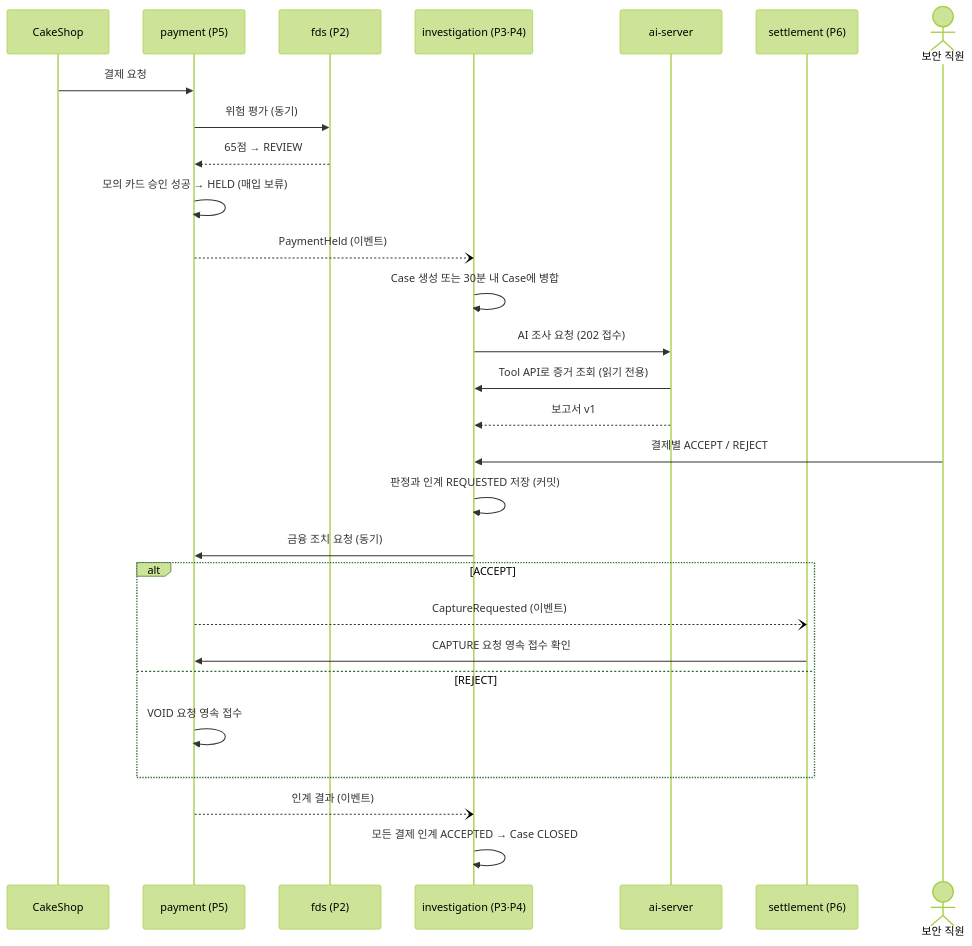
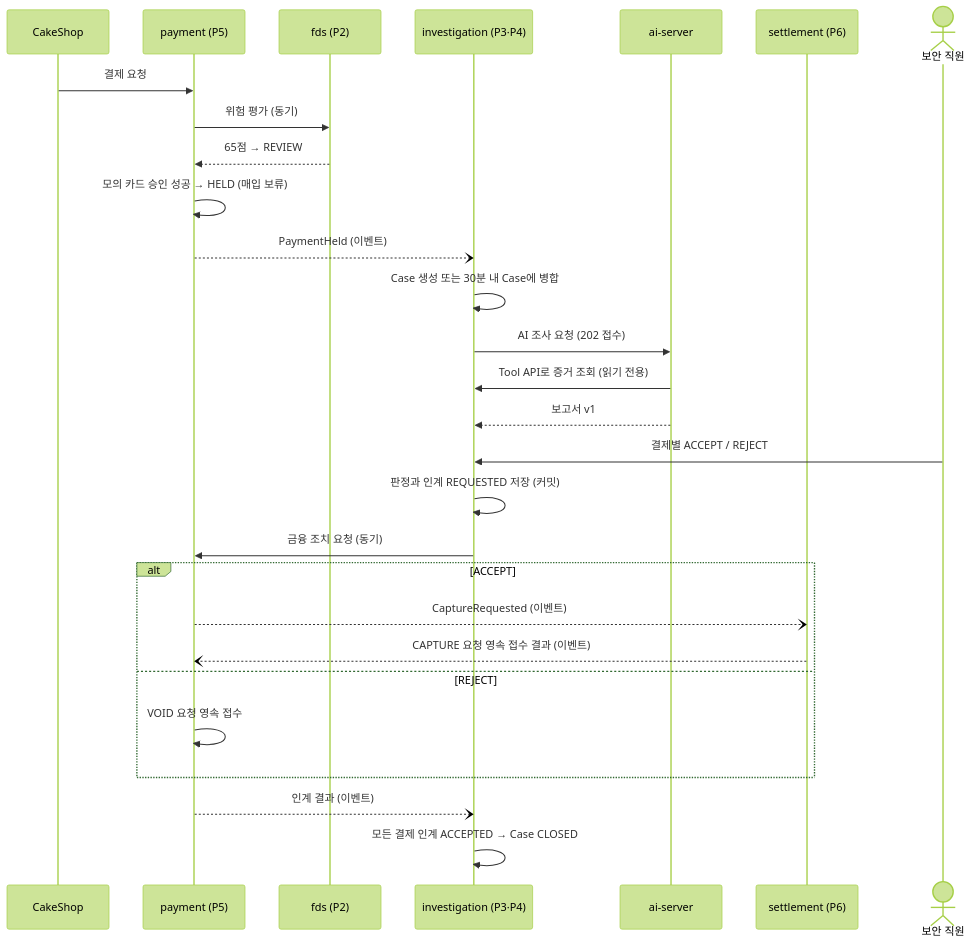
One commit to HyunGyu-Cho/DonWorry changed the first of 3 diagrams in README.md. Above: the diagram before and after it, drawn with Mermaid (forest theme). The commit also changed other lines of this file and 5 other files, not shown here.

````diff
--- a/README.md
+++ b/README.md
@@ -44,31 +44,31 @@
 ```mermaid
 sequenceDiagram
     participant C as CakeShop
     participant P as payment (P5)
     participant F as fds (P2)
     participant I as investigation (P3·P4)
     participant A as ai-server
     participant S as settlement (P6)
     actor U as 보안 직원
 
     C->>P: 결제 요청
     P->>F: 위험 평가 (동기)
     F-->>P: 65점 → REVIEW
     P->>P: 모의 카드 승인 성공 → HELD (매입 보류)
     P--)I: PaymentHeld (이벤트)
     I->>I: Case 생성 또는 30분 내 Case에 병합
     I->>A: AI 조사 요청 (202 접수)
     A->>I: Tool API로 증거 조회 (읽기 전용)
     A-->>I: 보고서 v1
     U->>I: 결제별 ACCEPT / REJECT
     I->>I: 판정과 인계 REQUESTED 저장 (커밋)
     I->>P: 금융 조치 요청 (동기)
     alt ACCEPT
         P--)S: CaptureRequested (이벤트)
-        S->>P: CAPTURE 요청 영속 접수 확인
+        S--)P: CAPTURE 요청 영속 접수 결과 (이벤트)
     else REJECT
         P->>P: VOID 요청 영속 접수
     end
     P--)I: 인계 결과 (이벤트)
     I->>I: 모든 결제 인계 ACCEPTED → Case CLOSED
 ```
````
